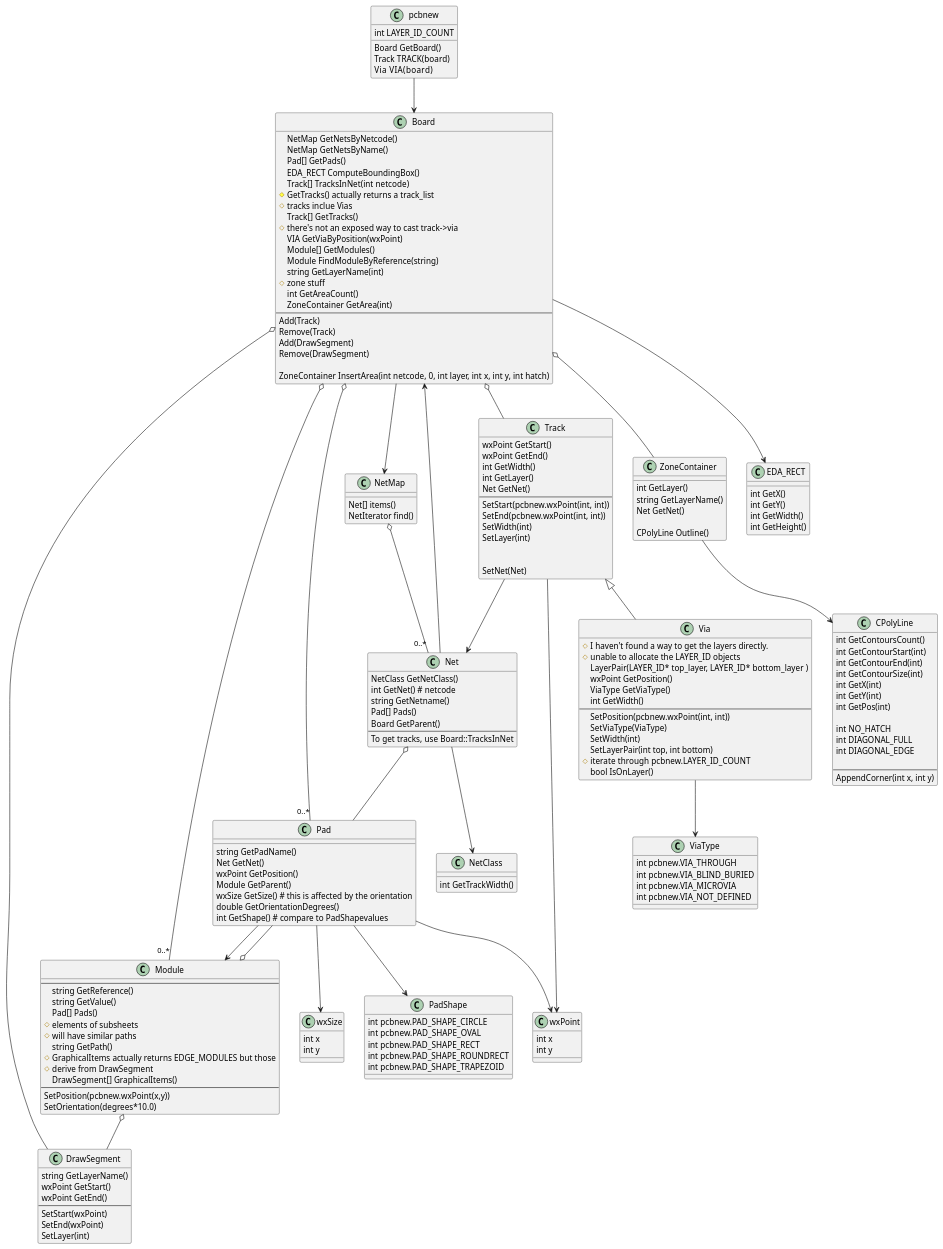
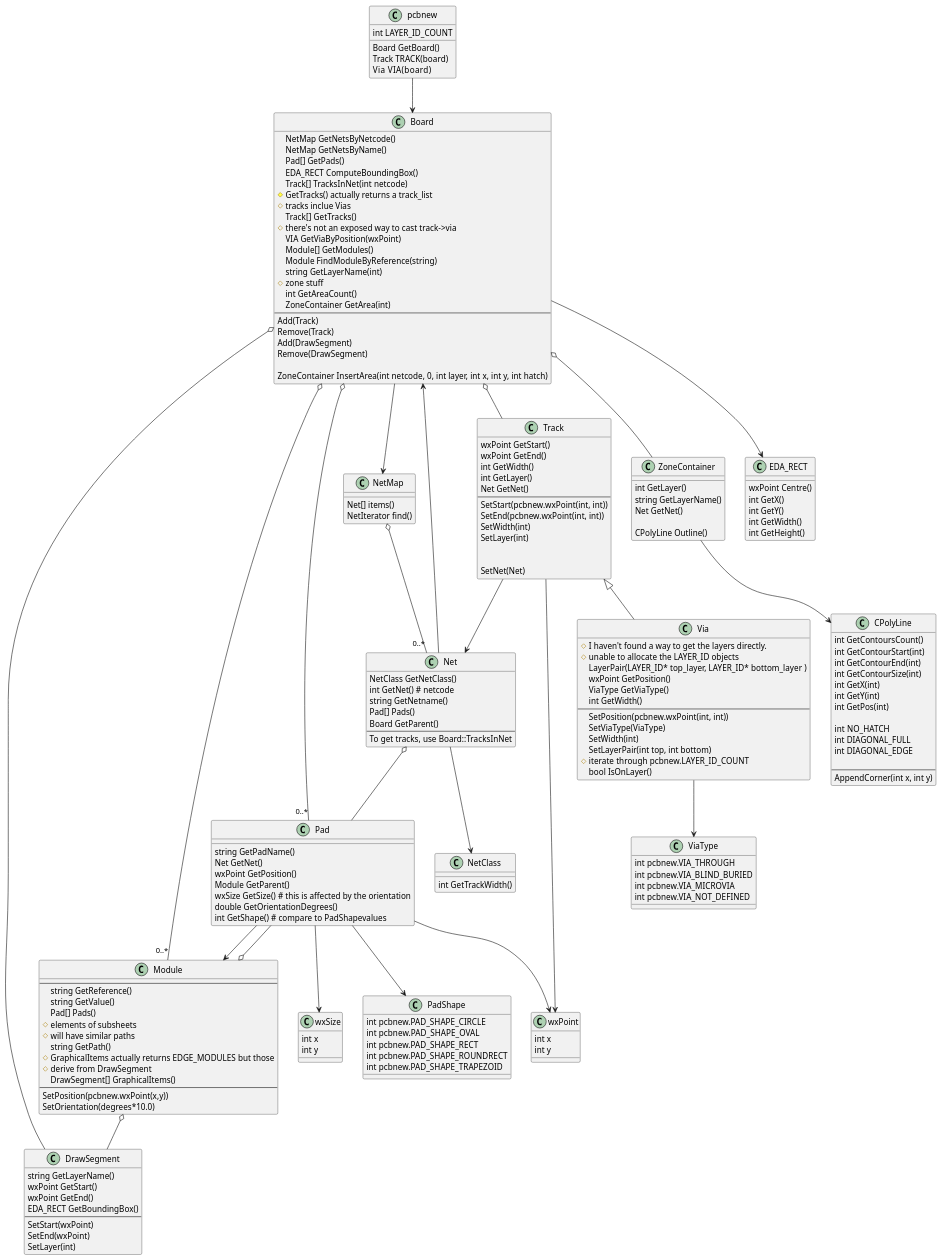
The diagram in plantuml/pcbnew_uml.puml (mmccoo/kicad_mmccoo), drawn with PlantUML before and after one commit. The commit also changed 2 other files, not shown here.

```diff
--- a/plantuml/pcbnew_uml.puml
+++ b/plantuml/pcbnew_uml.puml
@@ -82,6 +82,7 @@
       string GetLayerName()
       wxPoint GetStart()
       wxPoint GetEnd()
+      EDA_RECT GetBoundingBox()
       --
       SetStart(wxPoint)
       SetEnd(wxPoint)
@@ -167,6 +168,7 @@
 }
 
 class EDA_RECT {
+      wxPoint Centre()
       int GetX()
       int GetY()
       int GetWidth()
```
